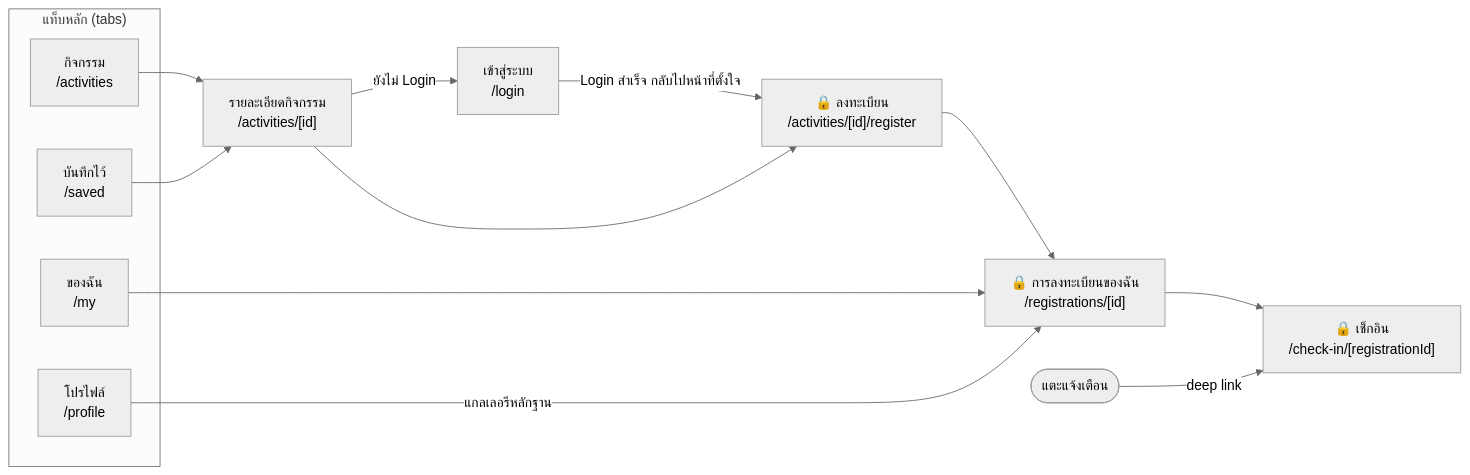
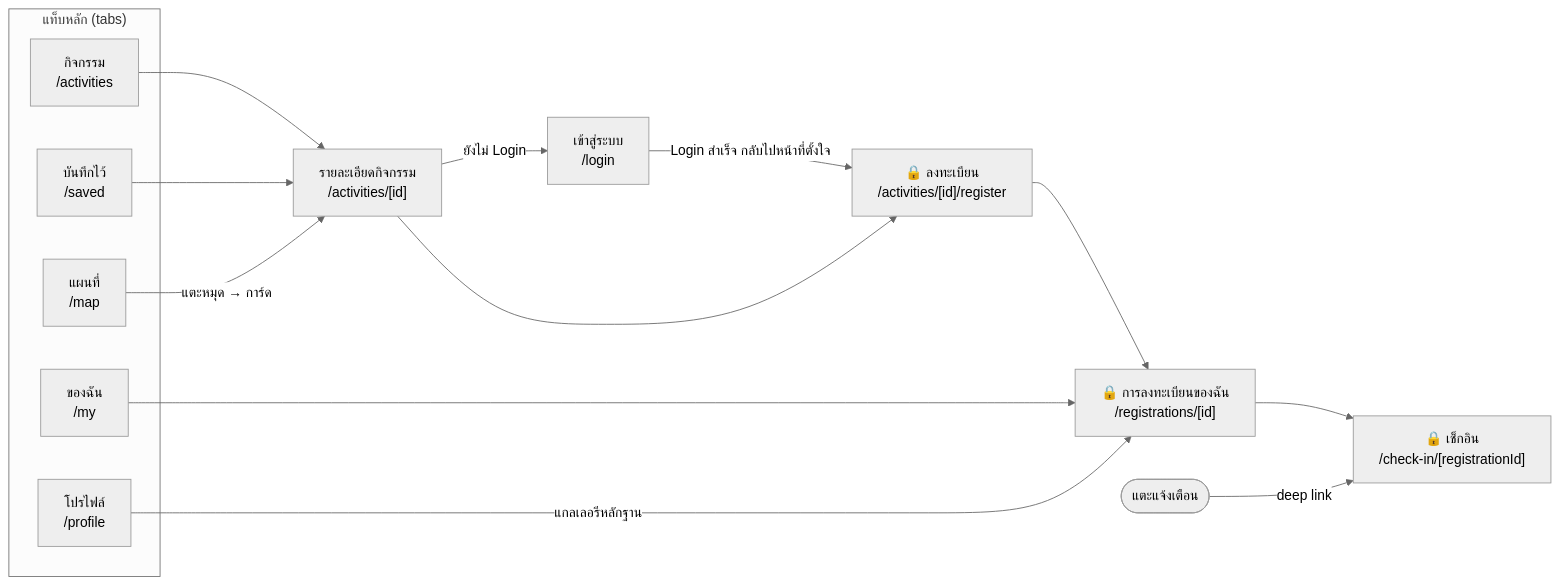
Before and after one commit to phop01/Hybrid_Mobile_Assignment11: the first of 4 diagrams in docs/DIAGRAMS.md, drawn with Mermaid (neutral theme). The commit also changed other lines of this file and 7 other files, not shown here.

````diff
--- a/docs/DIAGRAMS.md
+++ b/docs/DIAGRAMS.md
@@ -8,19 +8,21 @@
 ```mermaid
 flowchart LR
   subgraph Tabs["แท็บหลัก (tabs)"]
     A["กิจกรรม<br>/activities"]
+    MP["แผนที่<br>/map"]
     M["ของฉัน<br>/my"]
     S["บันทึกไว้<br>/saved"]
     P["โปรไฟล์<br>/profile"]
   end
   A --> D["รายละเอียดกิจกรรม<br>/activities/[id]"]
   S --> D
+  MP -->|"แตะหมุด → การ์ด"| D
   D -->|"ยังไม่ Login"| L["เข้าสู่ระบบ<br>/login"]
   L -->|"Login สำเร็จ กลับไปหน้าที่ตั้งใจ"| R
   D --> R["🔒 ลงทะเบียน<br>/activities/[id]/register"]
   R --> G["🔒 การลงทะเบียนของฉัน<br>/registrations/[id]"]
   M --> G
   P -->|"แกลเลอรีหลักฐาน"| G
   G --> C["🔒 เช็กอิน<br>/check-in/[registrationId]"]
   N(["แตะแจ้งเตือน"]) -->|"deep link"| C
 ```
````
